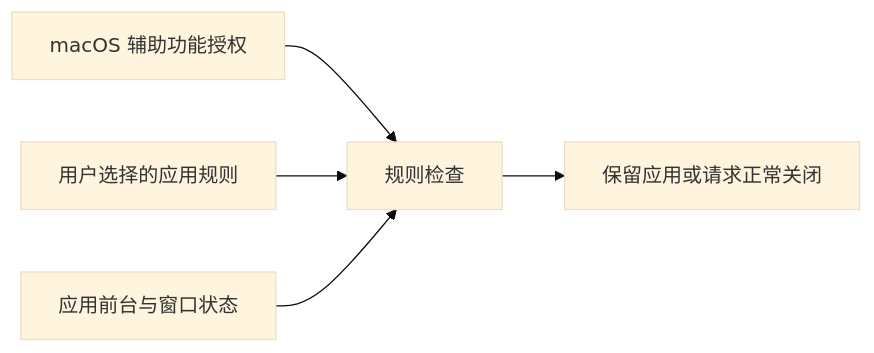
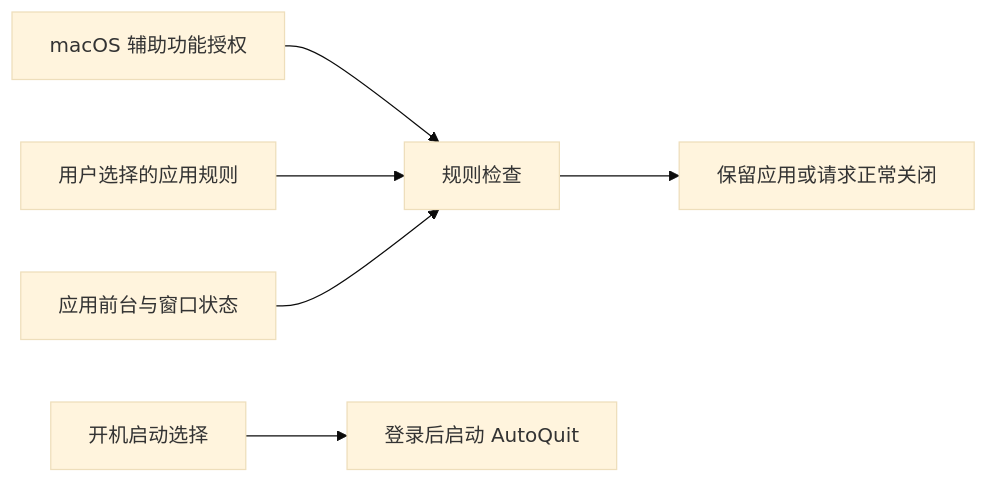
Before and after one commit to AFutureD/AutoQuit: the diagram in docs/feat/index.md, drawn with Mermaid (base theme). The commit also changed other lines of this file and 11 other files, not shown here.

````diff
--- a/docs/feat/index.md
+++ b/docs/feat/index.md
@@ -50,7 +52,8 @@
 ```mermaid
 flowchart LR
     A["macOS 辅助功能授权"] --> D["规则检查"]
     B["用户选择的应用规则"] --> D
     C["应用前台与窗口状态"] --> D
     D --> E["保留应用或请求正常关闭"]
+    F["开机启动选择"] --> G["登录后启动 AutoQuit"]
 ```
````
